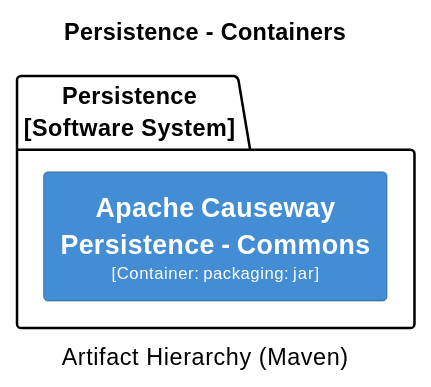
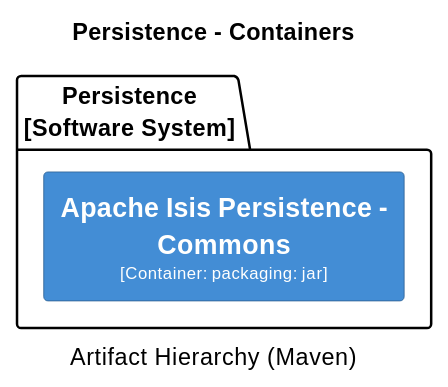
The eighth of 32 diagrams in core/adoc/modules/_overview/pages/about.adoc (Supermajestcd/XMP--toolkits), drawn with PlantUML before and after one commit. The commit also changed other lines of this file and 13571 other files, not shown here.

```diff
--- a/core/adoc/modules/_overview/pages/about.adoc
+++ b/core/adoc/modules/_overview/pages/about.adoc
@@ -1745,25 +1934,25 @@
 [plantuml,Persistence,svg]
 ----
 @startuml(id=Persistence)
 title Persistence - Containers
 caption Artifact Hierarchy (Maven)
 
 skinparam {
   shadowing false
   arrowFontSize 10
   defaultTextAlignment center
   wrapWidth 200
   maxMessageSize 100
 }
 hide stereotype
 left to right direction
 skinparam rectangle<<2>> {
   BackgroundColor #438dd5
   FontColor #fffffe
   BorderColor #2E6295
 }
 package "Persistence\n[Software System]" {
-  rectangle "==Apache Causeway Persistence - Commons\n<size:10>[Container: packaging: jar]</size>" <<2>> as 2
+  rectangle "==Apache Isis Persistence - Commons\n<size:10>[Container: packaging: jar]</size>" <<2>> as 2
 }
 @enduml
 ----
```
